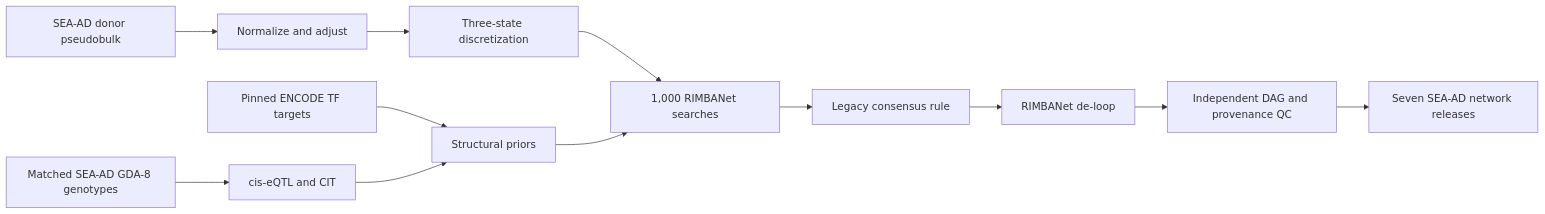
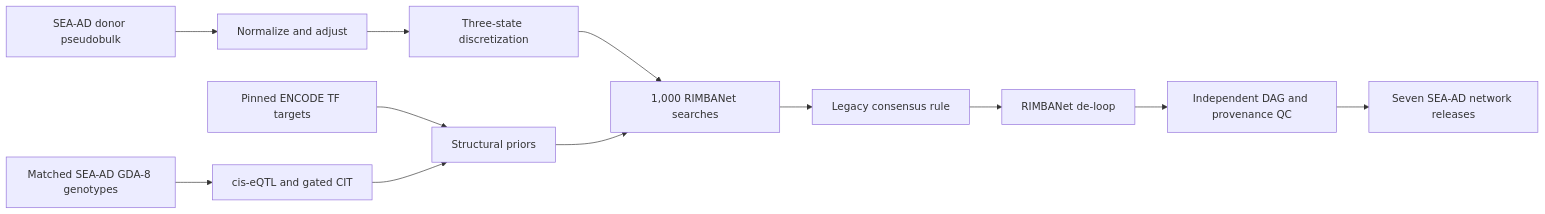
The diagram in docs/build_network/seaad-rimbanet-build.plan.md (ericzhuang2010/alzheimer), drawn with Mermaid before and after one commit. The commit also changed other lines of this file and 7 other files, not shown here.

````diff
--- a/docs/build_network/seaad-rimbanet-build.plan.md
+++ b/docs/build_network/seaad-rimbanet-build.plan.md
@@ -373,14 +397,14 @@
 ```mermaid
 flowchart LR
   Expr["SEA-AD donor pseudobulk"] --> Adjust["Normalize and adjust"]
-  Array["Matched SEA-AD GDA-8 genotypes"] --> EQTL["cis-eQTL and CIT"]
+  Array["Matched SEA-AD GDA-8 genotypes"] --> EQTL["cis-eQTL and gated CIT"]
   ENCODE["Pinned ENCODE TF targets"] --> Priors["Structural priors"]
   EQTL --> Priors
   Adjust --> Discrete["Three-state discretization"]
   Discrete --> Searches["1,000 RIMBANet searches"]
   Priors --> Searches
   Searches --> Consensus["Legacy consensus rule"]
   Consensus --> Deloop["RIMBANet de-loop"]
   Deloop --> QC["Independent DAG and provenance QC"]
   QC --> Release["Seven SEA-AD network releases"]
 ```
````
